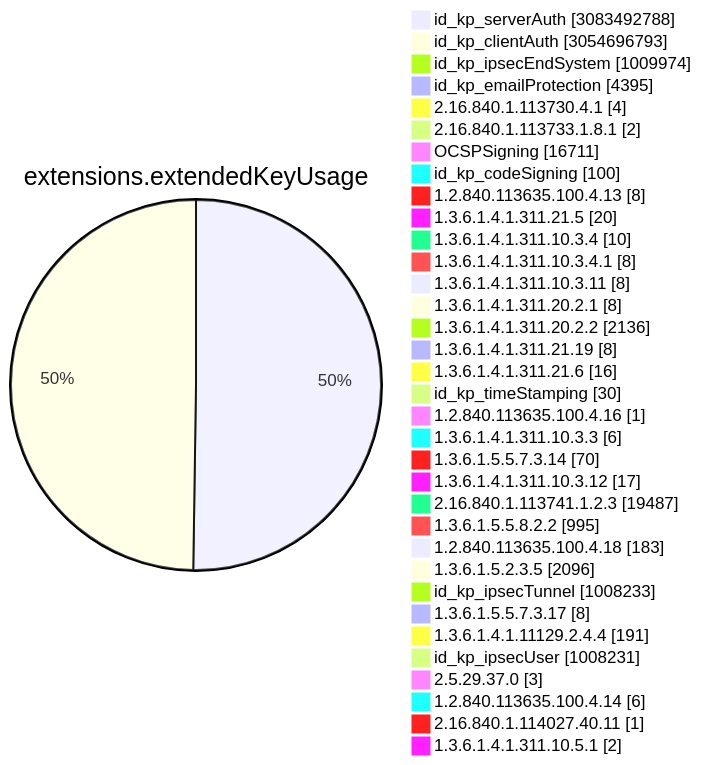
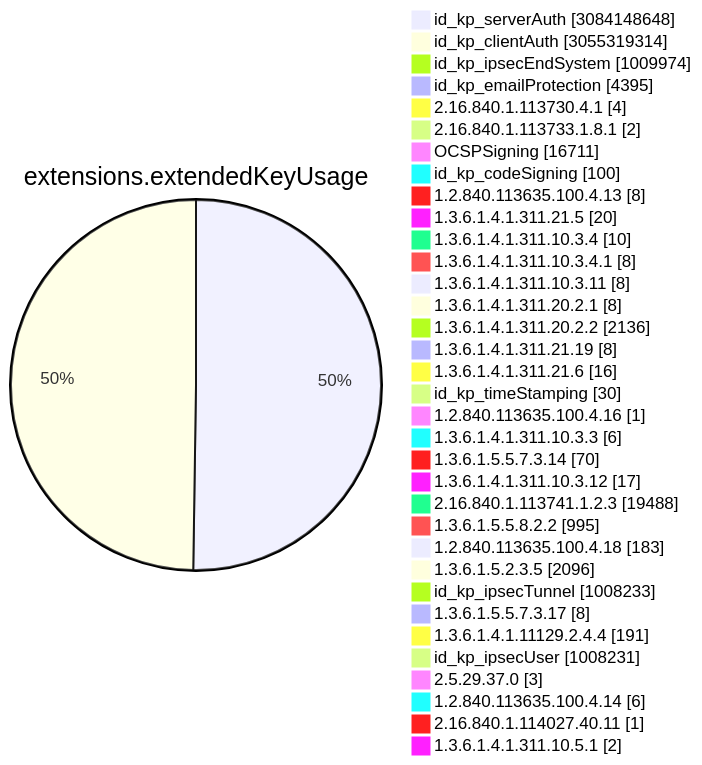
Before and after one commit to christiankrug/ctmonitor_visualization: diagram 11 of 15 in TOTAL/README.md, drawn with Mermaid. The commit also changed other lines of this file, not shown here.

````diff
--- a/TOTAL/README.md
+++ b/TOTAL/README.md
@@ -4119,38 +4119,38 @@
 ```mermaid
 pie showData
 title extensions.extendedKeyUsage
-"id_kp_serverAuth" :3083492788
-"id_kp_clientAuth" :3054696793
+"id_kp_serverAuth" :3084148648
+"id_kp_clientAuth" :3055319314
 "id_kp_ipsecEndSystem" :1009974
 "id_kp_emailProtection" :4395
 "2.16.840.1.113730.4.1" :4
 "2.16.840.1.113733.1.8.1" :2
 "OCSPSigning" :16711
 "id_kp_codeSigning" :100
 "1.2.840.113635.100.4.13" :8
 "1.3.6.1.4.1.311.21.5" :20
 "1.3.6.1.4.1.311.10.3.4" :10
 "1.3.6.1.4.1.311.10.3.4.1" :8
 "1.3.6.1.4.1.311.10.3.11" :8
 "1.3.6.1.4.1.311.20.2.1" :8
 "1.3.6.1.4.1.311.20.2.2" :2136
 "1.3.6.1.4.1.311.21.19" :8
 "1.3.6.1.4.1.311.21.6" :16
 "id_kp_timeStamping" :30
 "1.2.840.113635.100.4.16" :1
 "1.3.6.1.4.1.311.10.3.3" :6
 "1.3.6.1.5.5.7.3.14" :70
 "1.3.6.1.4.1.311.10.3.12" :17
-"2.16.840.1.113741.1.2.3" :19487
+"2.16.840.1.113741.1.2.3" :19488
 "1.3.6.1.5.5.8.2.2" :995
 "1.2.840.113635.100.4.18" :183
 "1.3.6.1.5.2.3.5" :2096
 "id_kp_ipsecTunnel" :1008233
 "1.3.6.1.5.5.7.3.17" :8
 "1.3.6.1.4.1.11129.2.4.4" :191
 "id_kp_ipsecUser" :1008231
 "2.5.29.37.0" :3
 "1.2.840.113635.100.4.14" :6
 "2.16.840.1.114027.40.11" :1
 "1.3.6.1.4.1.311.10.5.1" :2
 ```
````
